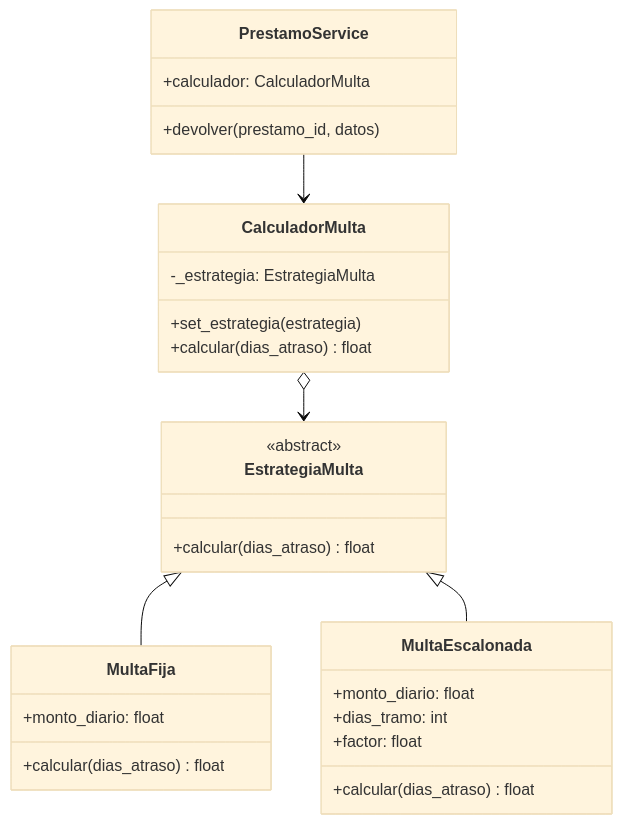
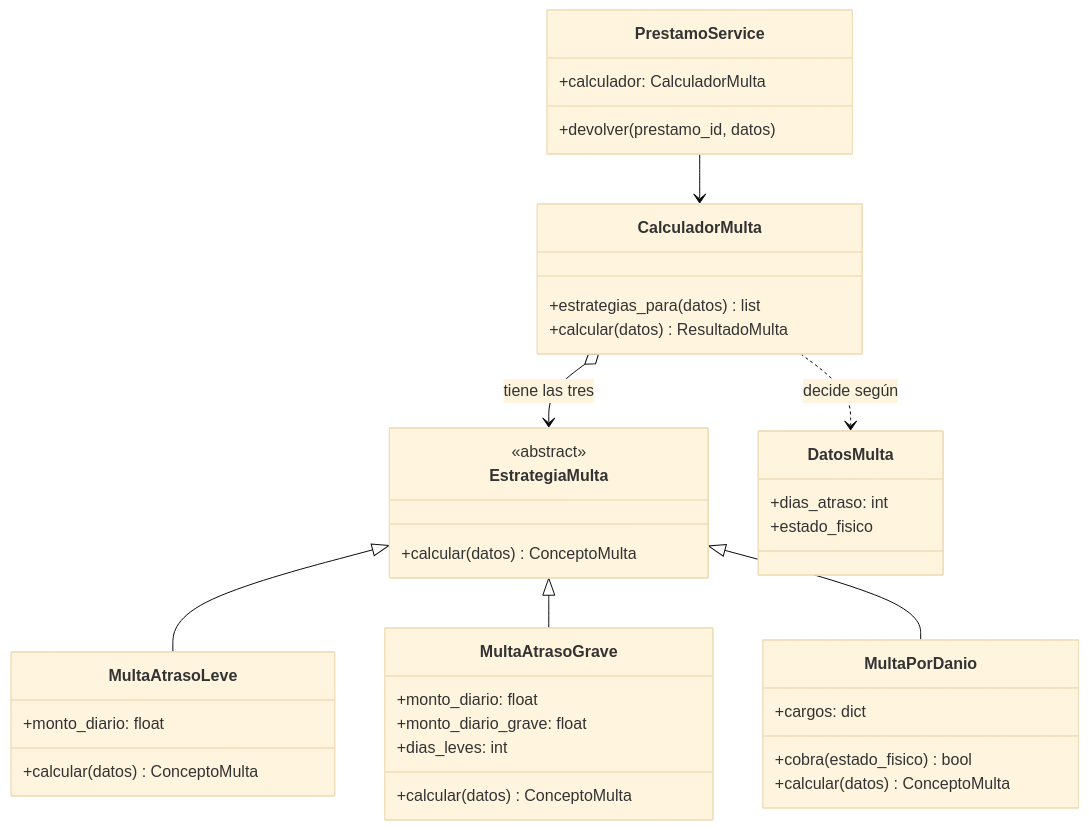
The third of 4 diagrams in docs/patrones-de-diseno.md (tobiasceruttigothe/TP-DAO), drawn with Mermaid (base theme) before and after one commit. The commit also changed other lines of this file and 4 other files, not shown here.

````diff
--- a/docs/patrones-de-diseno.md
+++ b/docs/patrones-de-diseno.md
@@ -217,30 +219,40 @@
 ```mermaid
 classDiagram
     class EstrategiaMulta {
         <<abstract>>
-        +calcular(dias_atraso) float
+        +calcular(datos) ConceptoMulta
     }
-    class MultaFija {
+    class MultaAtrasoLeve {
         +monto_diario: float
-        +calcular(dias_atraso) float
+        +calcular(datos) ConceptoMulta
     }
-    class MultaEscalonada {
+    class MultaAtrasoGrave {
         +monto_diario: float
-        +dias_tramo: int
-        +factor: float
-        +calcular(dias_atraso) float
+        +monto_diario_grave: float
+        +dias_leves: int
+        +calcular(datos) ConceptoMulta
+    }
+    class MultaPorDanio {
+        +cargos: dict
+        +cobra(estado_fisico) bool
+        +calcular(datos) ConceptoMulta
     }
     class CalculadorMulta {
-        -_estrategia: EstrategiaMulta
-        +set_estrategia(estrategia)
-        +calcular(dias_atraso) float
+        +estrategias_para(datos) list
+        +calcular(datos) ResultadoMulta
+    }
+    class DatosMulta {
+        +dias_atraso: int
+        +estado_fisico
     }
     class PrestamoService {
         +calculador: CalculadorMulta
         +devolver(prestamo_id, datos)
     }
-    EstrategiaMulta <|-- MultaFija
-    EstrategiaMulta <|-- MultaEscalonada
-    CalculadorMulta o--> EstrategiaMulta
+    EstrategiaMulta <|-- MultaAtrasoLeve
+    EstrategiaMulta <|-- MultaAtrasoGrave
+    EstrategiaMulta <|-- MultaPorDanio
+    CalculadorMulta o--> EstrategiaMulta : tiene las tres
+    CalculadorMulta ..> DatosMulta : decide según
     PrestamoService --> CalculadorMulta
 ```
````
